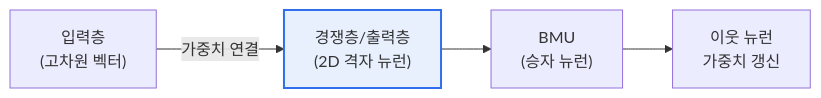
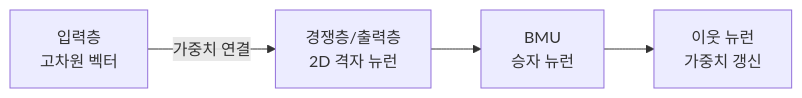
Before and after one commit to coninggu/wjdqhrhksflrltnftk: the diagram in content/som.md, drawn with Mermaid. The commit also changed other lines of this file and 28 other files, not shown here.

````diff
--- a/content/som.md
+++ b/content/som.md
@@ -17,7 +17,6 @@
 ```mermaid
 flowchart LR
-  I["입력층<br/>(고차원 벡터)"] -->|가중치 연결| O["경쟁층/출력층<br/>(2D 격자 뉴런)"]
-  O --> B["BMU<br/>(승자 뉴런)"]
-  B --> N["이웃 뉴런<br/>가중치 갱신"]
-  style O fill:#e8f0fe,stroke:#2f6fed,stroke-width:2px
+  I[입력층<br/>고차원 벡터] -->|가중치 연결| O[경쟁층/출력층<br/>2D 격자 뉴런]
+  O --> B[BMU<br/>승자 뉴런]
+  B --> N[이웃 뉴런<br/>가중치 갱신]
 ```
````
